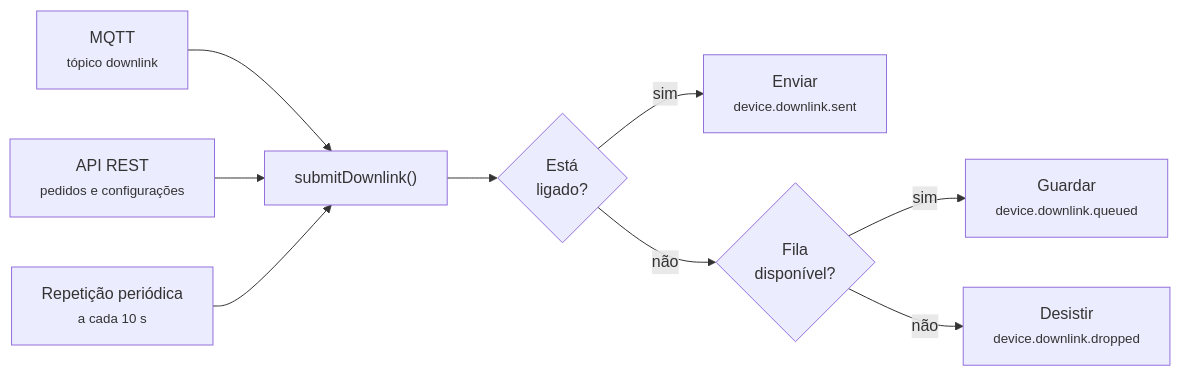
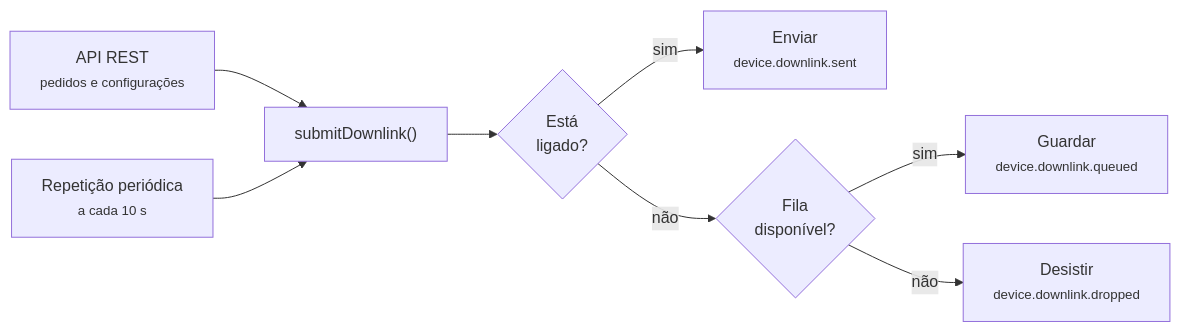
Before and after one commit to hvieira512/havicare-hub: the first of 3 diagrams in docs/11-comandos-e-downlink.md, drawn with Mermaid. The commit also changed other lines of this file and 11 other files, not shown here.

````diff
--- a/docs/11-comandos-e-downlink.md
+++ b/docs/11-comandos-e-downlink.md
@@ -15,11 +15,10 @@
 ```mermaid
 flowchart LR
-  A["MQTT<br/><small>tópico downlink</small>"] --> S
   B["API REST<br/><small>pedidos e configurações</small>"] --> S
   C["Repetição periódica<br/><small>a cada 10 s</small>"] --> S
   S["submitDownlink()"] --> D{"Está<br/>ligado?"}
   D -->|sim| E["Enviar<br/><small>device.downlink.sent</small>"]
   D -->|não| F{"Fila<br/>disponível?"}
   F -->|sim| G["Guardar<br/><small>device.downlink.queued</small>"]
   F -->|não| H["Desistir<br/><small>device.downlink.dropped</small>"]
 ```
````
